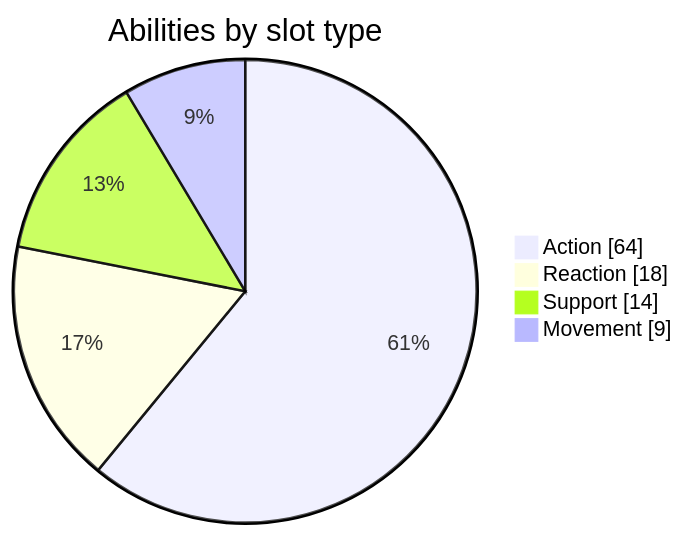
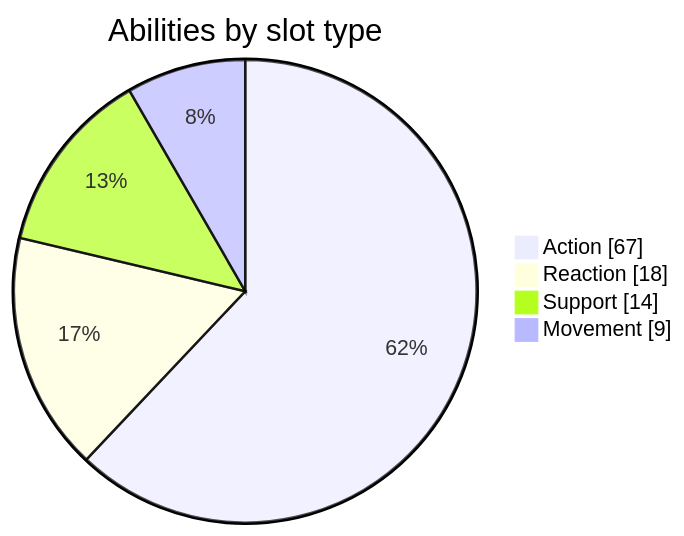
Before and after one commit to CptNope/Chess-RPG-Tactics: the second of 4 diagrams in docs/CONTENT_REFERENCE.md, drawn with Mermaid. The commit also changed other lines of this file and 44 other files, not shown here.

````diff
--- a/docs/CONTENT_REFERENCE.md
+++ b/docs/CONTENT_REFERENCE.md
@@ -105,7 +105,7 @@
 ```mermaid
 pie showData title Abilities by slot type
-  "Action" : 64
+  "Action" : 67
   "Reaction" : 18
   "Support" : 14
   "Movement" : 9
 ```
````
